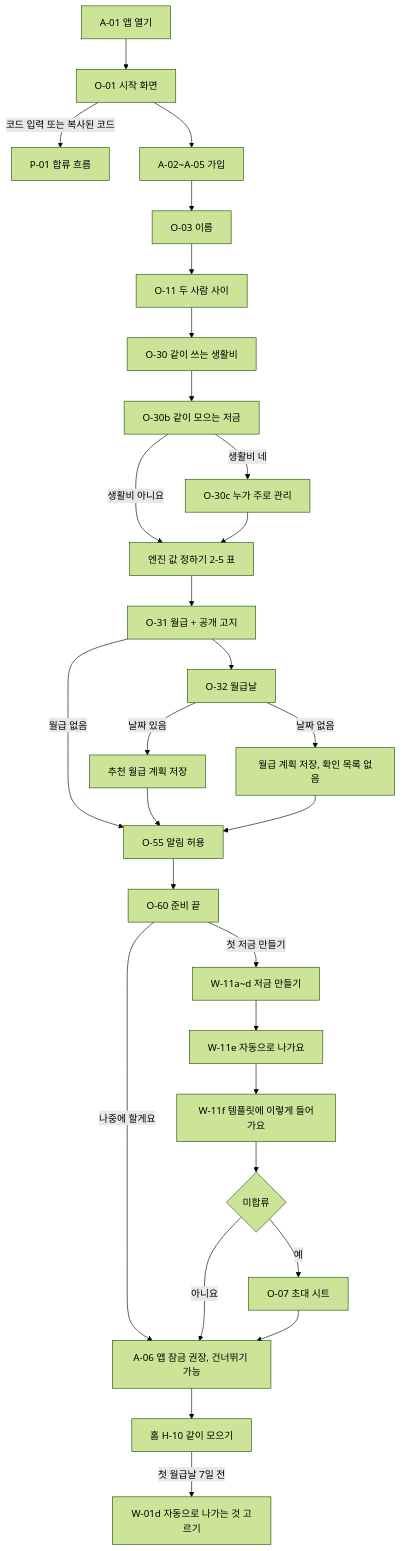
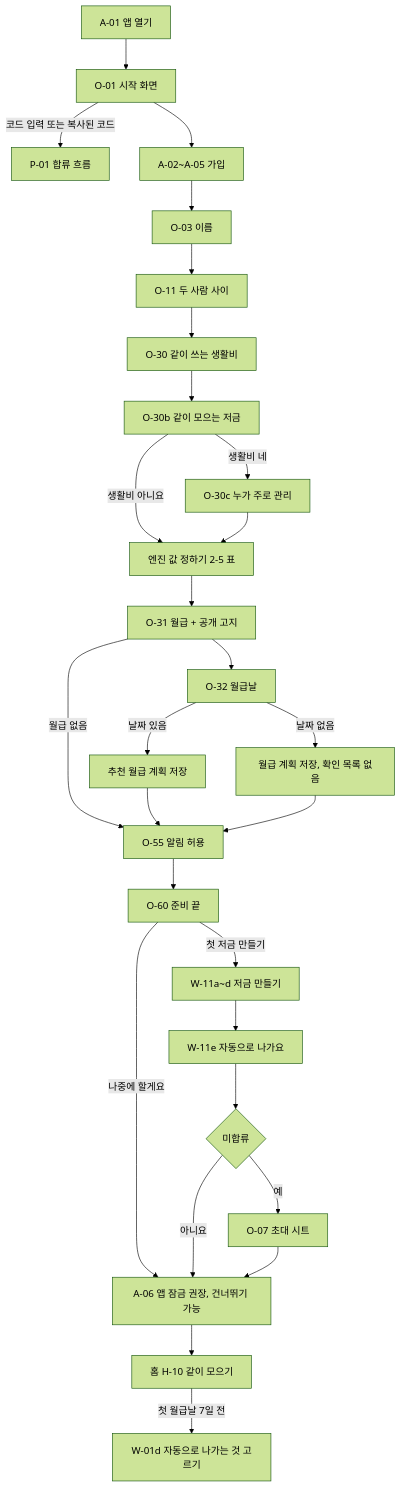
The first of 4 diagrams in docs/spec/03-user-flow.md (ooeabin/sweetwo), drawn with Mermaid (forest theme) before and after one commit. The commit also changed other lines of this file and 15 other files, not shown here.

````diff
--- a/docs/spec/03-user-flow.md
+++ b/docs/spec/03-user-flow.md
@@ -41,31 +41,30 @@
 ```mermaid
 flowchart TD
   A01["A-01 앱 열기"] --> O01["O-01 시작 화면"]
   O01 -->|"코드 입력 또는 복사된 코드"| P01["P-01 합류 흐름"]
   O01 --> SIGN["A-02~A-05 가입"]
   SIGN --> O03["O-03 이름"]
   O03 --> O11["O-11 두 사람 사이"]
   O11 --> O30["O-30 같이 쓰는 생활비"]
   O30 --> O30B["O-30b 같이 모으는 저금"]
   O30B -->|"생활비 네"| O30C["O-30c 누가 주로 관리"]
   O30B -->|"생활비 아니요"| MAP
   O30C --> MAP["엔진 값 정하기 2-5 표"]
   MAP --> O31["O-31 월급 + 공개 고지"]
   O31 -->|"월급 없음"| O55
   O31 --> O32["O-32 월급날"]
   O32 -->|"날짜 있음"| PLAN["추천 월급 계획 저장"]
   O32 -->|"날짜 없음"| PLANX["월급 계획 저장, 확인 목록 없음"]
   PLAN --> O55["O-55 알림 허용"]
   PLANX --> O55
   O55 --> O60["O-60 준비 끝"]
   O60 -->|"첫 저금 만들기"| W11["W-11a~d 저금 만들기"]
   W11 --> W11E["W-11e 자동으로 나가요"]
-  W11E --> W11F["W-11f 템플릿에 이렇게 들어가요"]
   O60 -->|"나중에 할게요"| A06
-  W11F --> INV{"미합류"}
+  W11E --> INV{"미합류"}
   INV -->|"예"| O07["O-07 초대 시트"]
   INV -->|"아니요"| A06
   O07 --> A06["A-06 앱 잠금 권장, 건너뛰기 가능"]
   A06 --> HOME["홈 H-10 같이 모으기"]
   HOME -->|"첫 월급날 7일 전"| W01D["W-01d 자동으로 나가는 것 고르기"]
 ```
````
